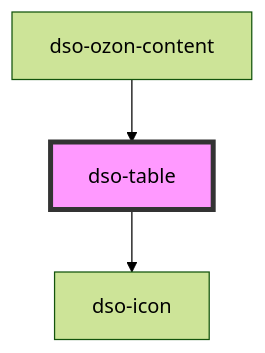
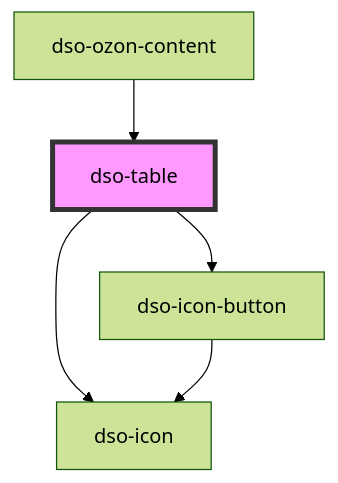
Before and after one commit to dso-toolkit/dso-toolkit: the diagram in packages/core/src/components/table/readme.md, drawn with Mermaid (forest theme). The commit also changed other lines of this file and 8 other files, not shown here.

````diff
--- a/packages/core/src/components/table/readme.md
+++ b/packages/core/src/components/table/readme.md
@@ -24,6 +25,8 @@
 ```mermaid
 graph TD;
   dso-table --> dso-icon
+  dso-table --> dso-icon-button
+  dso-icon-button --> dso-icon
   dso-ozon-content --> dso-table
   style dso-table fill:#f9f,stroke:#333,stroke-width:4px
 ```
````
